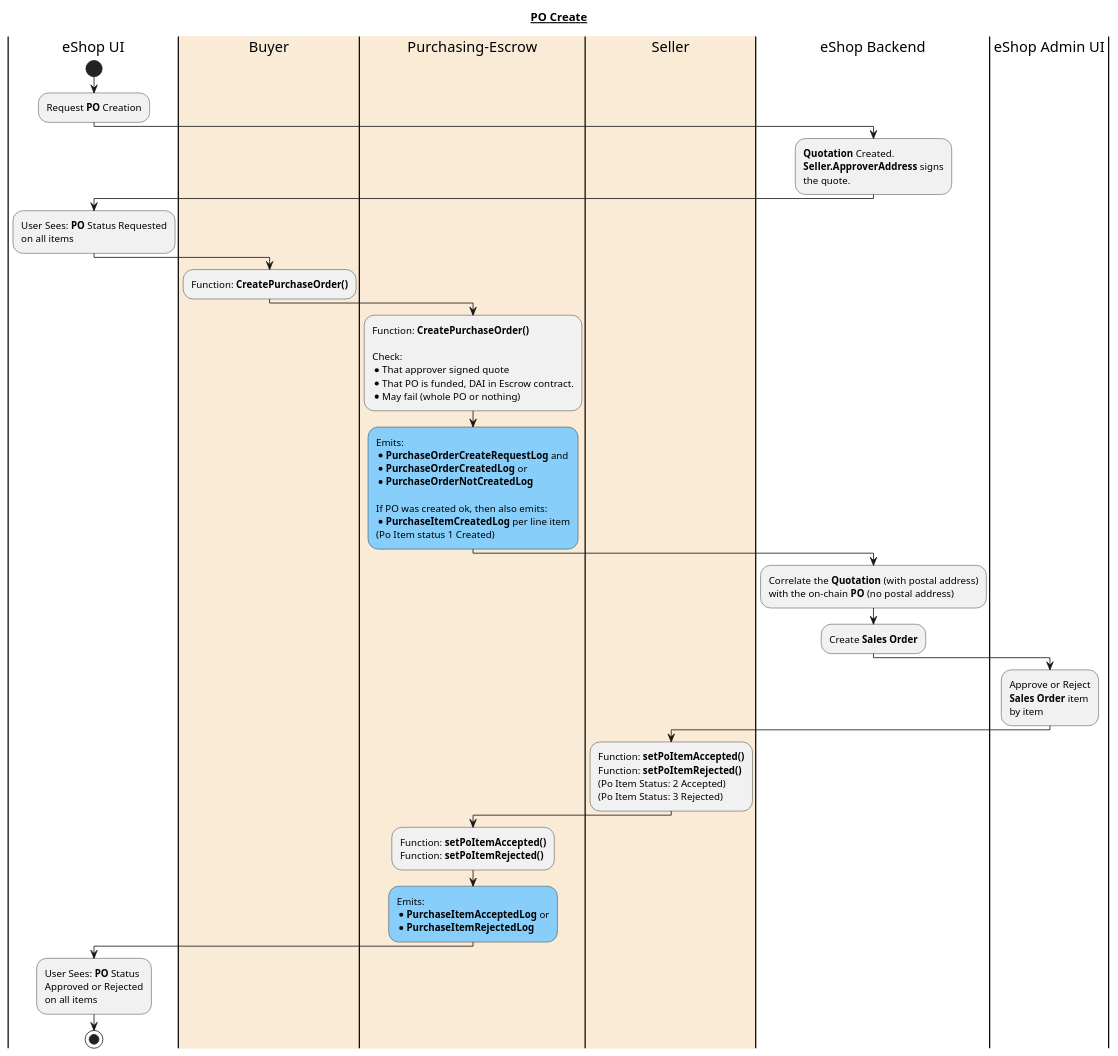
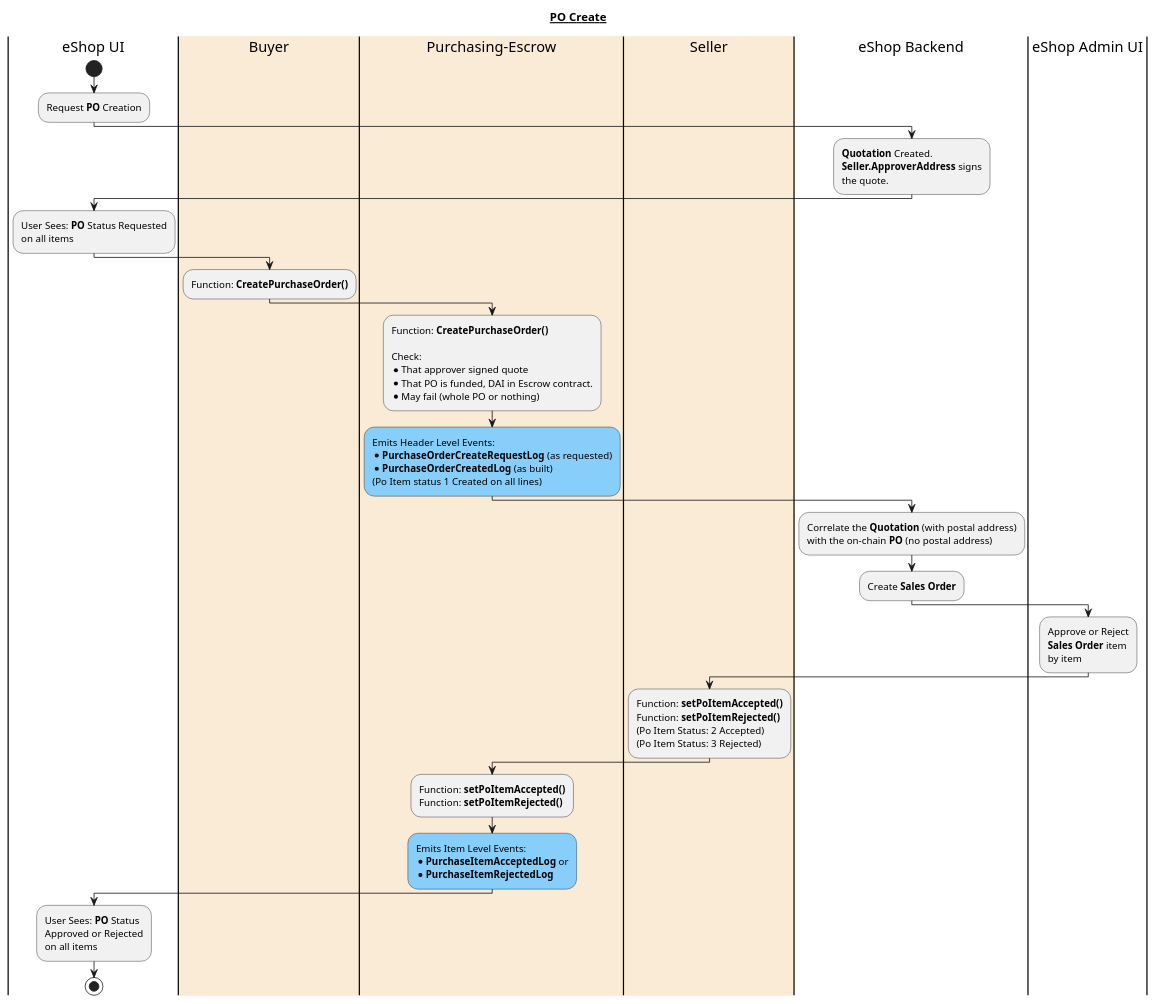
Before and after one commit to Nethereum/Nethereum.eShop: the diagram in resources/wiki/workflows/po_create.puml, drawn with PlantUML. The commit also changed 3 other files, not shown here.

Commit message:
Contract workflows diagrams updated

```diff
--- a/resources/wiki/workflows/po_create.puml
+++ b/resources/wiki/workflows/po_create.puml
@@ -2,79 +2,75 @@
 @startuml
 title __PO Create__
 ' Swimlanes
 |eShop UI|
 |#AntiqueWhite|Buyer| 
 |#AntiqueWhite|Purchasing-Escrow| 
 |#AntiqueWhite|Seller| 
 |eShop Backend|
 |eShop Admin UI|
 
 
 |eShop UI|
 start
 :Request **PO** Creation;
 
 |eShop Backend|
 :**Quotation** Created.
 **Seller.ApproverAddress** signs
 the quote.;
 
 |eShop UI|
 :User Sees: **PO** Status Requested
 on all items;
 
 |Buyer| 
 :Function: **CreatePurchaseOrder()**;
 
 '-----------------------------------------------------------------
 ' Main Purchasing Creation
 '-----------------------------------------------------------------
 |Purchasing-Escrow| 
 :Function: **CreatePurchaseOrder()**
 
 Check:
 * That approver signed quote
 * That PO is funded, DAI in Escrow contract.
 * May fail (whole PO or nothing);
 
-#LightSkyBlue:Emits:
-* **PurchaseOrderCreateRequestLog** and
-* **PurchaseOrderCreatedLog** or 
-* **PurchaseOrderNotCreatedLog**
-
-If PO was created ok, then also emits:
-* **PurchaseItemCreatedLog** per line item
-(Po Item status 1 Created);
+#LightSkyBlue:Emits Header Level Events:
+* **PurchaseOrderCreateRequestLog** (as requested)
+* **PurchaseOrderCreatedLog** (as built)
+(Po Item status 1 Created on all lines);
 
 |eShop Backend|
 :Correlate the **Quotation** (with postal address)
 with the on-chain **PO** (no postal address);
 :Create **Sales Order**;
 
 |eShop Admin UI|
 :Approve or Reject
 **Sales Order** item
 by item;
 
 |Seller|
 :Function: **setPoItemAccepted()**
 Function: **setPoItemRejected()**
 (Po Item Status: 2 Accepted)
 (Po Item Status: 3 Rejected);
 
 |Purchasing-Escrow|
 :Function: **setPoItemAccepted()**
 Function: **setPoItemRejected()**;
 
-#LightSkyBLue:Emits:
+#LightSkyBLue:Emits Item Level Events:
 * **PurchaseItemAcceptedLog** or
 * **PurchaseItemRejectedLog**;
 
 |eShop UI|
 :User Sees: **PO** Status
 Approved or Rejected
 on all items;
 
 stop
 
 @enduml
```
